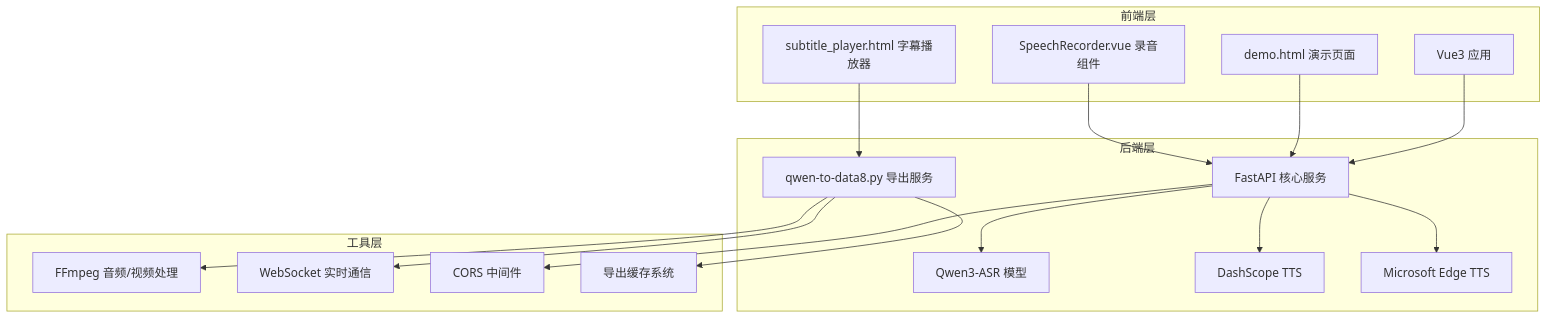
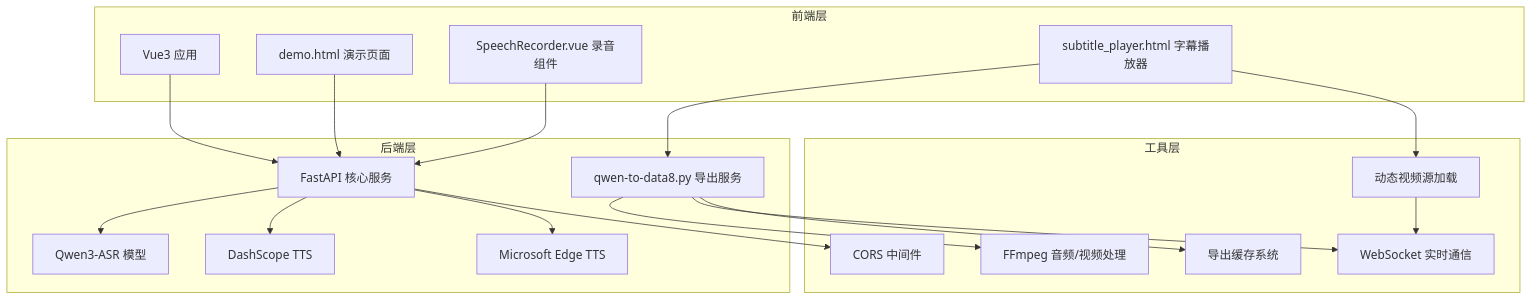
Before and after one commit to 1024dashen/Vue3Speech: the first of 4 diagrams in .qoder/repowiki/zh/content/API接口参考/HTTP RESTful API端点.md, drawn with Mermaid. The commit also changed other lines of this file and 13 other files, not shown here.

````diff
--- a/.qoder/repowiki/zh/content/API接口参考/HTTP RESTful API端点.md
+++ b/.qoder/repowiki/zh/content/API接口参考/HTTP RESTful API端点.md
@@ -41,33 +42,36 @@
 ```mermaid
 graph TB
 subgraph "前端层"
 Vue[Vue3 应用]
 Demo[demo.html 演示页面]
 Recorder[SpeechRecorder.vue 录音组件]
 Player[subtitle_player.html 字幕播放器]
 end
 subgraph "后端层"
 FastAPI[FastAPI 核心服务]
 ASR[Qwen3-ASR 模型]
 TTS[DashScope TTS]
 EdgeTTS[Microsoft Edge TTS]
 Export[qwen-to-data8.py 导出服务]
 end
 subgraph "工具层"
 FFmpeg[FFmpeg 音频/视频处理]
 WebSocket[WebSocket 实时通信]
 CORS[CORS 中间件]
 ExportCache[导出缓存系统]
+DynamicVideo[动态视频源加载]
 end
 Vue --> FastAPI
 Demo --> FastAPI
 Recorder --> FastAPI
 Player --> Export
+Player --> DynamicVideo
 FastAPI --> ASR
 FastAPI --> TTS
 FastAPI --> EdgeTTS
 Export --> FFmpeg
 Export --> WebSocket
 Export --> ExportCache
+DynamicVideo --> WebSocket
 FastAPI --> CORS
 ```
````
